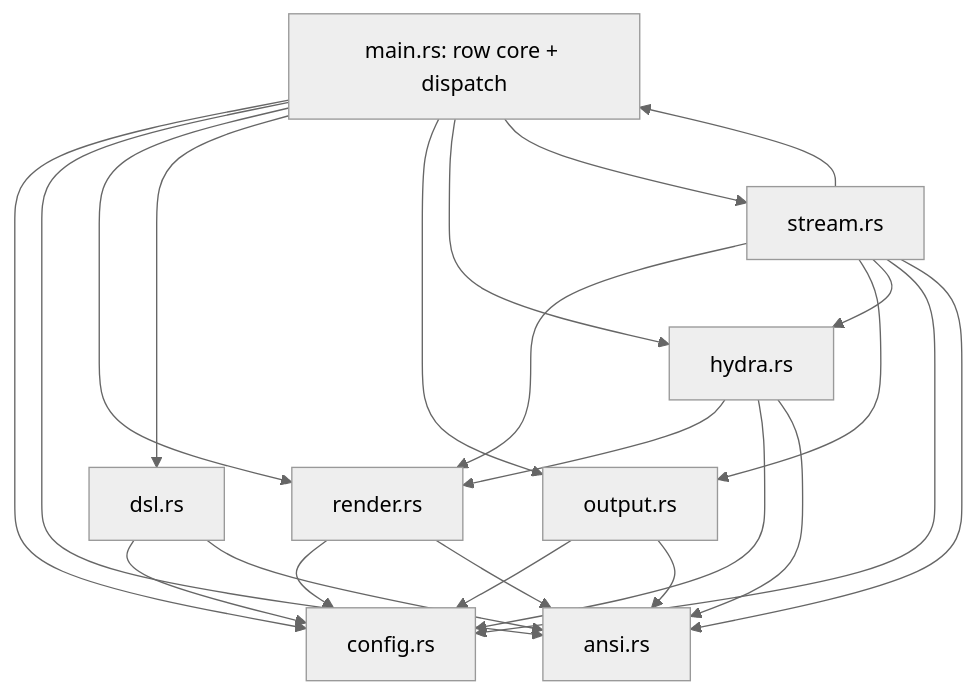
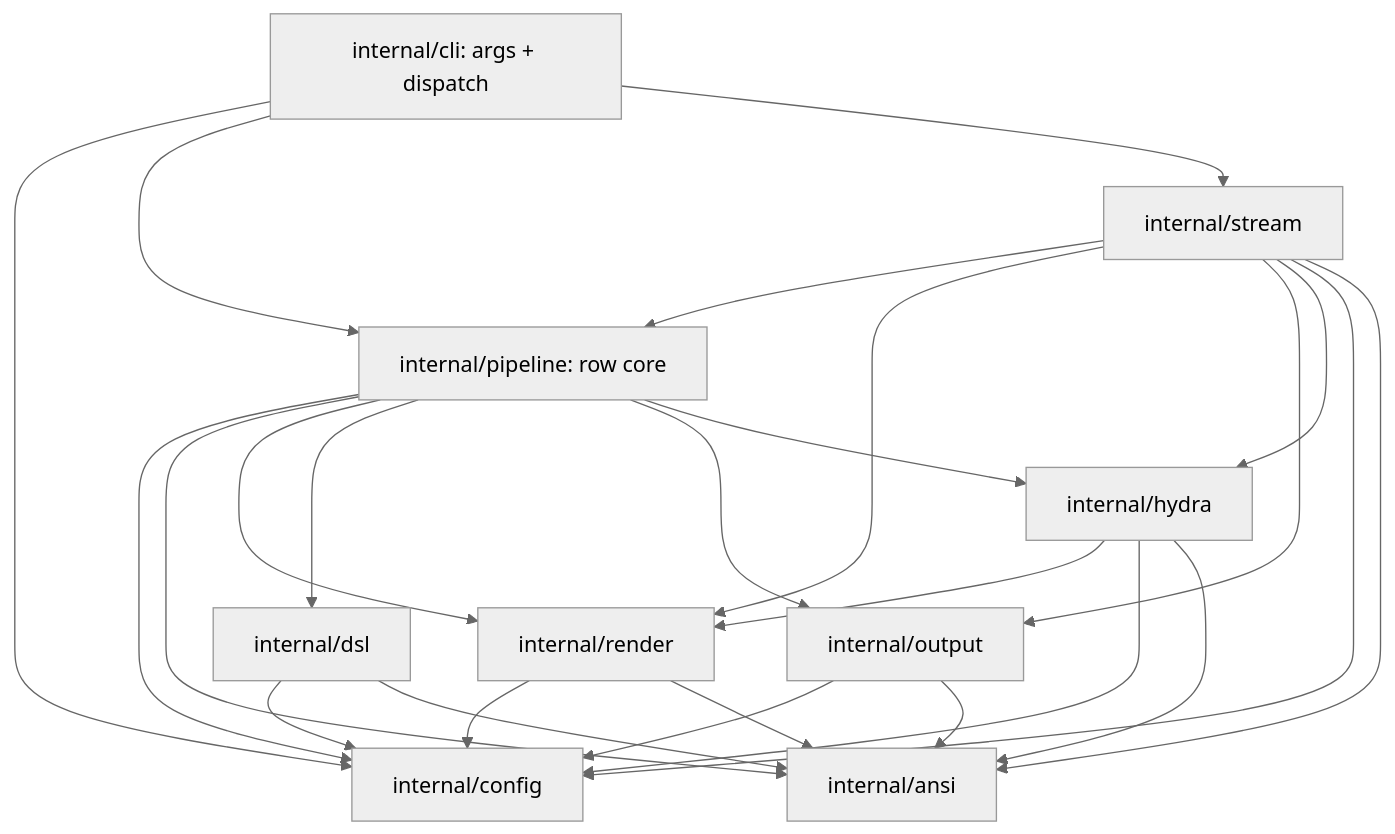
The second of 7 diagrams in ARCHITECTURE.md (jjt/bijjou), drawn with Mermaid (neutral theme) before and after one commit. The commit also changed other lines of this file and 1 other file, not shown here.

````diff
--- a/ARCHITECTURE.md
+++ b/ARCHITECTURE.md
@@ -92,33 +99,36 @@
 ```mermaid
 flowchart TD
-    main["main.rs: row core + dispatch"]
-    stream["stream.rs"]
-    hydra["hydra.rs"]
-    render["render.rs"]
-    dsl["dsl.rs"]
-    output["output.rs"]
-    config["config.rs"]
-    ansi["ansi.rs"]
-    main --> config
-    main --> ansi
-    main --> render
-    main --> dsl
-    main --> output
-    main --> hydra
-    main --> stream
-    stream --> main
+    cli["internal/cli: args + dispatch"]
+    pipeline["internal/pipeline: row core"]
+    stream["internal/stream"]
+    hydra["internal/hydra"]
+    render["internal/render"]
+    dsl["internal/dsl"]
+    output["internal/output"]
+    config["internal/config"]
+    ansi["internal/ansi"]
+    cli --> config
+    cli --> pipeline
+    cli --> stream
+    pipeline --> config
+    pipeline --> ansi
+    pipeline --> render
+    pipeline --> dsl
+    pipeline --> output
+    pipeline --> hydra
+    stream --> pipeline
     stream --> render
     stream --> output
     stream --> hydra
     stream --> config
     stream --> ansi
     hydra --> render
     hydra --> config
     hydra --> ansi
     render --> config
     render --> ansi
     dsl --> config
     dsl --> ansi
     output --> config
     output --> ansi
 ```
````
